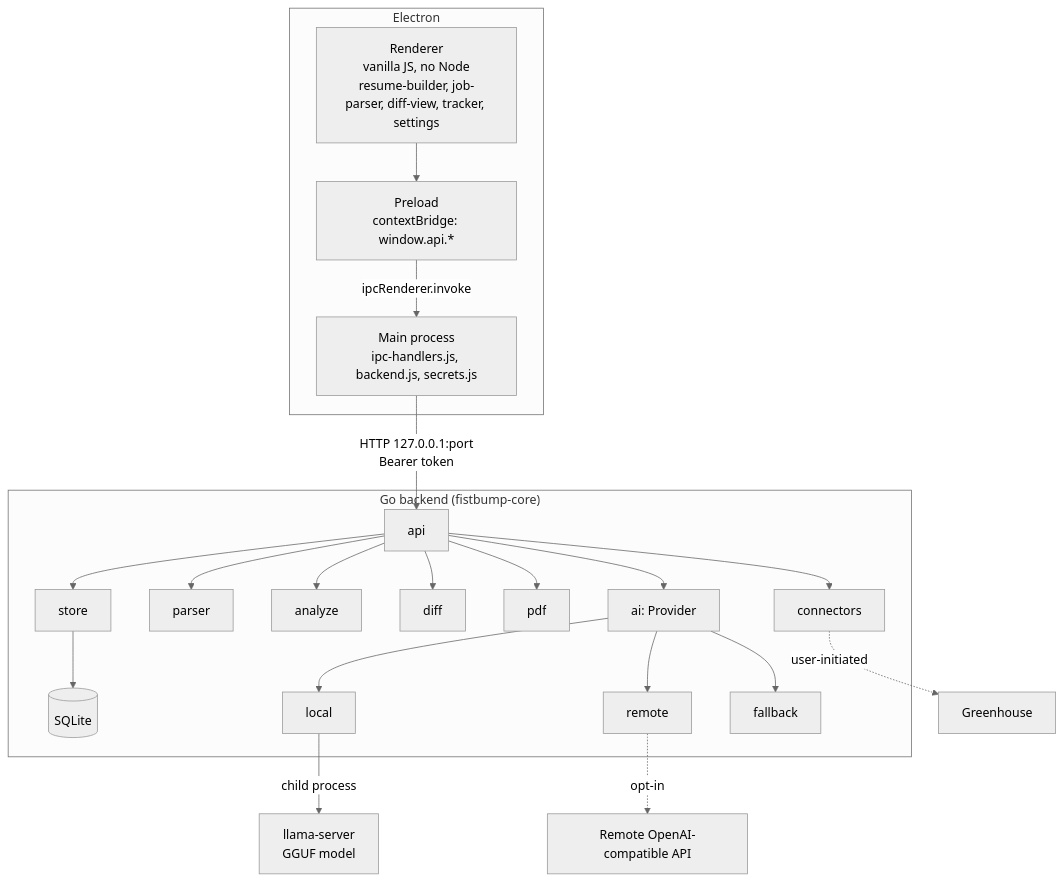
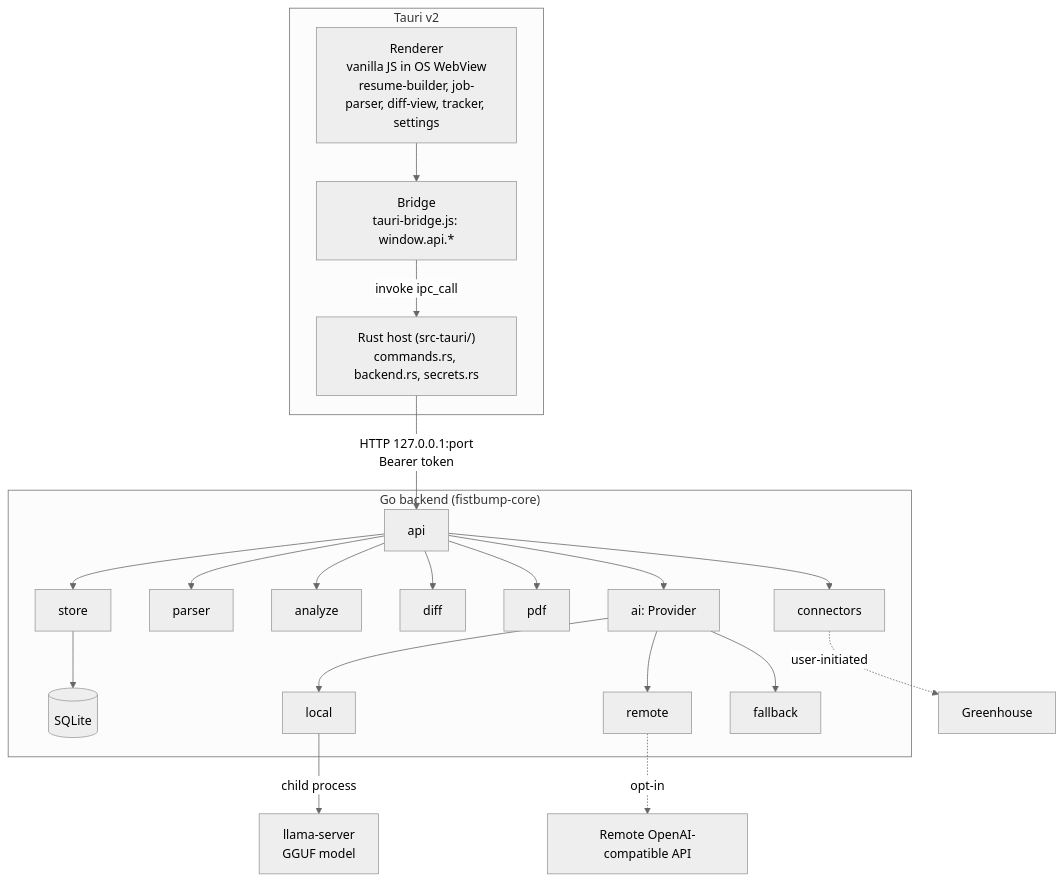
The first of 8 diagrams in docs/architecture.md (tlmcguire/fistbump), drawn with Mermaid (neutral theme) before and after one commit. The commit also changed other lines of this file and 82 other files, not shown here.

First line of the commit message:
feat: migrate desktop shell from Electron to Tauri v2

````diff
--- a/docs/architecture.md
+++ b/docs/architecture.md
@@ -17,25 +17,25 @@
 ```mermaid
 flowchart TB
-    subgraph Electron
-        R["Renderer<br/>vanilla JS, no Node<br/>resume-builder, job-parser, diff-view, tracker, settings"]
-        P["Preload<br/>contextBridge: window.api.*"]
-        M["Main process<br/>ipc-handlers.js, backend.js, secrets.js"]
-        R --> P -->|ipcRenderer.invoke| M
+    subgraph Tauri["Tauri v2"]
+        R["Renderer<br/>vanilla JS in OS WebView<br/>resume-builder, job-parser, diff-view, tracker, settings"]
+        P["Bridge<br/>tauri-bridge.js: window.api.*"]
+        M["Rust host (src-tauri/)<br/>commands.rs, backend.rs, secrets.rs"]
+        R --> P -->|invoke ipc_call| M
     end
     subgraph Go["Go backend (fistbump-core)"]
         API[api] --> Store[store] --> DB[(SQLite)]
         API --> Parser[parser]
         API --> Analyze[analyze]
         API --> Diff[diff]
         API --> PDF[pdf]
         API --> Conn[connectors]
         API --> AI["ai: Provider"]
         AI --> Local[local]
         AI --> Remote[remote]
         AI --> Fallback[fallback]
     end
     M -->|"HTTP 127.0.0.1:port<br/>Bearer token"| API
     Local -->|child process| LS["llama-server<br/>GGUF model"]
     Remote -.->|opt-in| RA["Remote OpenAI-compatible API"]
     Conn -.->|user-initiated| GH["Greenhouse"]
 ```
````
